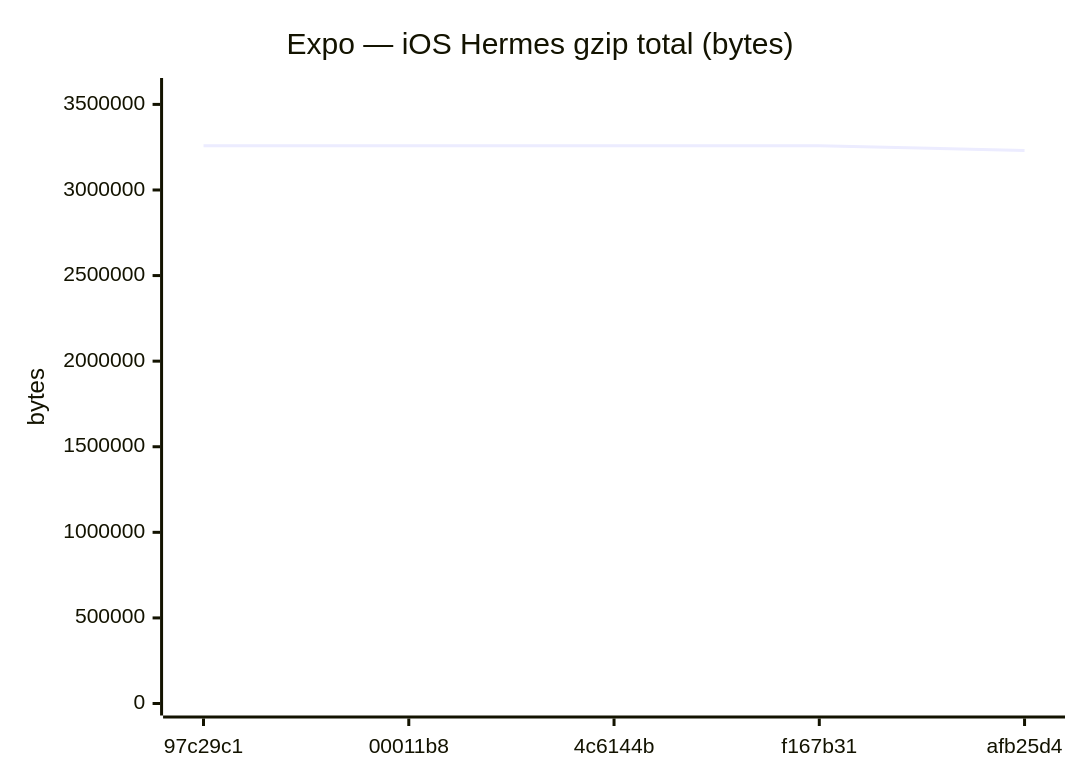
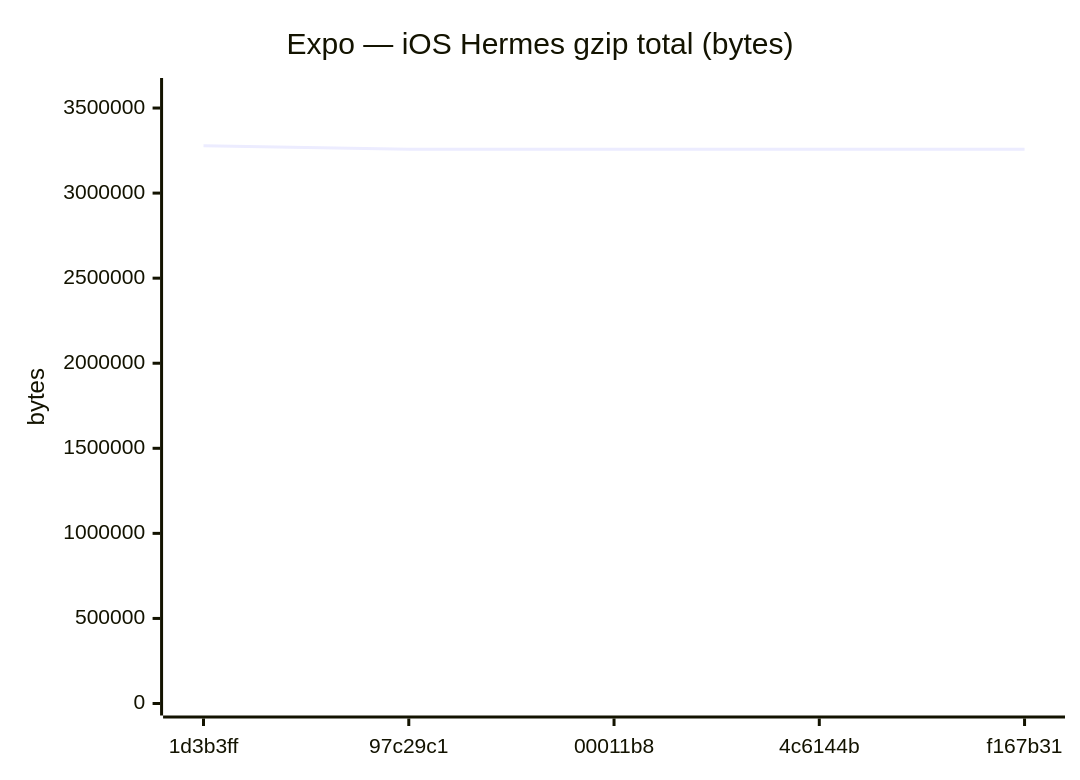
Before and after one commit to Metaheurist/Rianell: diagram 12 of 18 in benchmarks/compare.md, drawn with Mermaid. The commit also changed other lines of this file and 11 other files, not shown here.

````diff
--- a/benchmarks/compare.md
+++ b/benchmarks/compare.md
@@ -179,7 +179,7 @@
 ```mermaid
 xychart-beta
     title "Expo — iOS Hermes gzip total (bytes)"
-    x-axis ["97c29c1", "00011b8", "4c6144b", "f167b31", "afb25d4"]
-    y-axis "bytes" 0 --> 3584104
-    line [3258272, 3258276, 3258273, 3258270, 3230867]
+    x-axis ["1d3b3ff", "97c29c1", "00011b8", "4c6144b", "f167b31"]
+    y-axis "bytes" 0 --> 3606018
+    line [3278198, 3258272, 3258276, 3258273, 3258270]
 ```
````
